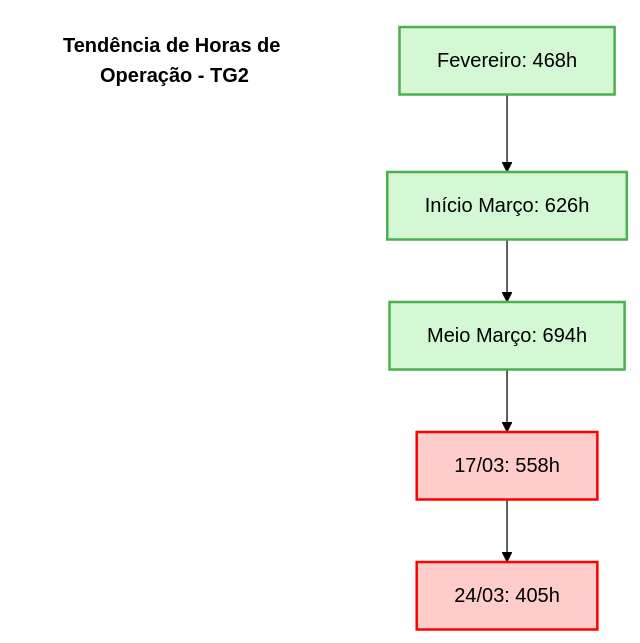
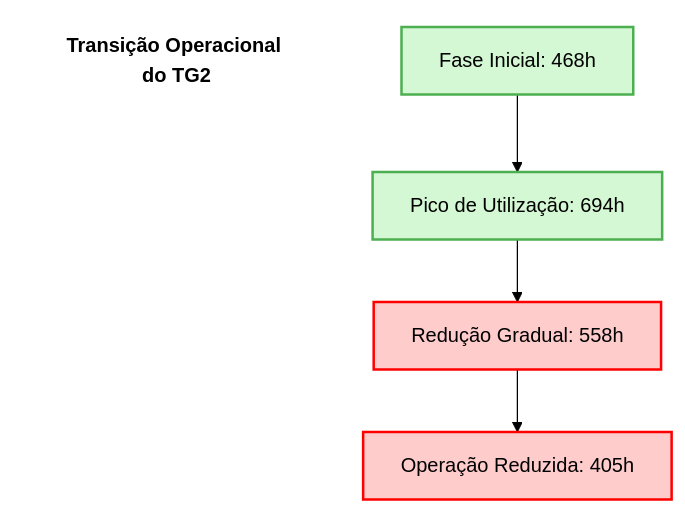
Before and after one commit to wonder-dmercadal/PublicReports: the first of 11 diagrams in Frade_TG2_Analysis.md, drawn with Mermaid (forest theme). The commit also changed other lines of this file, not shown here.

````diff
--- a/Frade_TG2_Analysis.md
+++ b/Frade_TG2_Analysis.md
@@ -65,16 +65,15 @@
 ```mermaid
 graph TD
-    title[<b>Tendência de Horas de Operação - TG2</b>]
+    title[<b>Transição Operacional do TG2</b>]
     style title fill:none,stroke:none
 
-    A[Fevereiro: 468h] --> B[Início Março: 626h]
-    B --> C[Meio Março: 694h]
-    C --> D[17/03: 558h]
-    D --> E[24/03: 405h]
+    A[Fase Inicial: 468h] --> B[Pico de Utilização: 694h]
+    B --> C[Redução Gradual: 558h]
+    C --> D[Operação Reduzida: 405h]
     
     classDef increase fill:#d4f7d4,stroke:#4CAF50,stroke-width:2px
     classDef decrease fill:#ffcccc,stroke:#ff0000,stroke-width:2px
     
-    class A,B,C increase
-    class D,E decrease
+    class A,B increase
+    class C,D decrease
 ```
````
